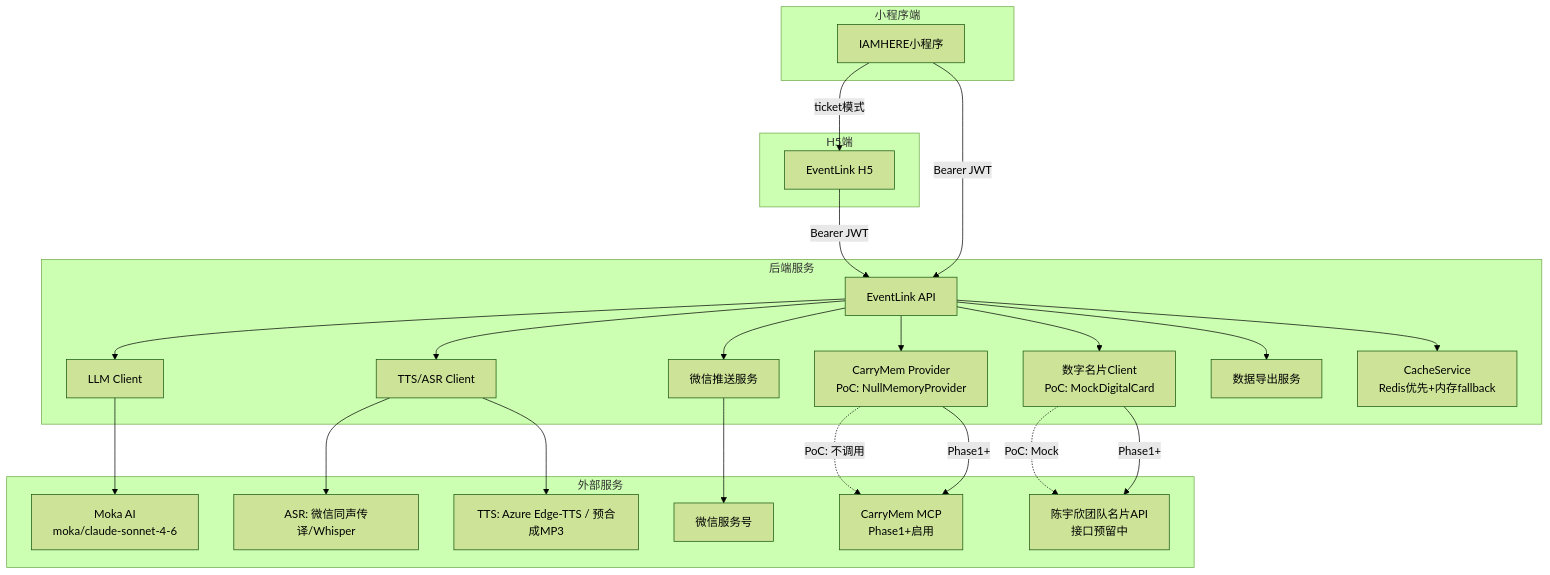
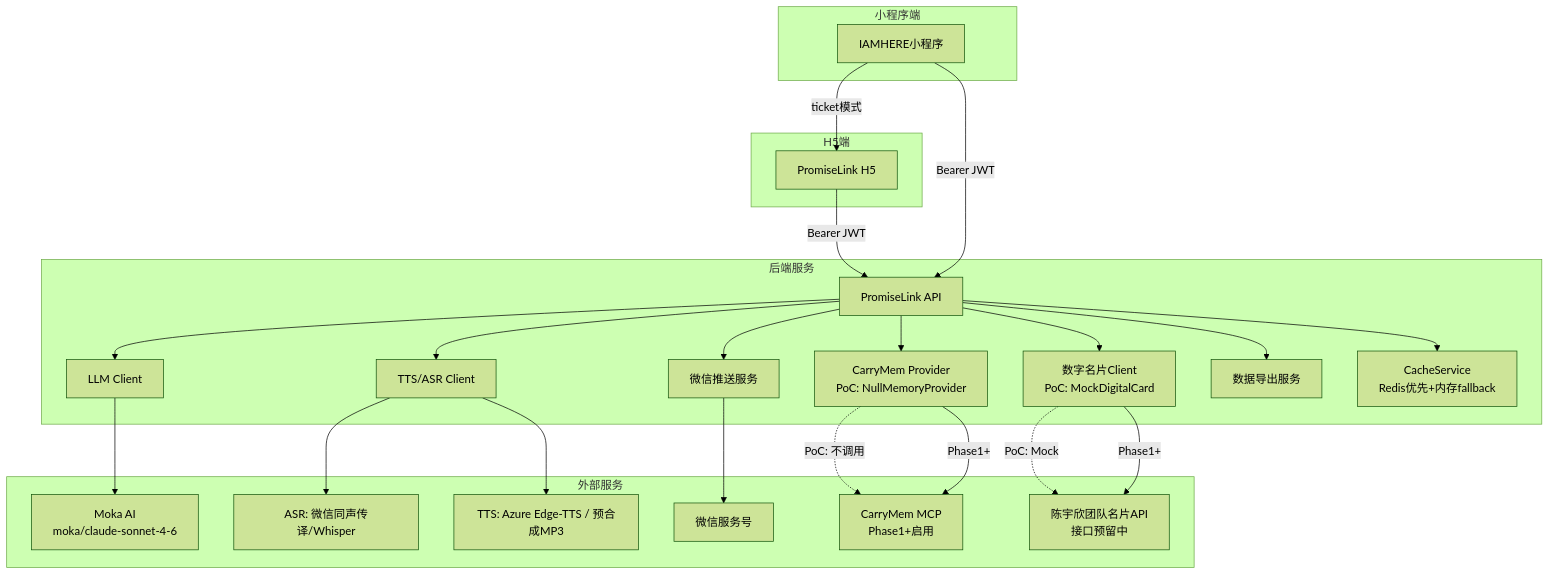
One commit to lulin70/PromiseLink changed the first of 7 diagrams in docs/design/Integration_Design_v1.md. Above: the diagram before and after it, drawn with Mermaid (forest theme). The commit also changed other lines of this file and 427 other files, not shown here.

First line of the commit message:
refactor: rename EventLink → PromiseLink

````diff
--- a/docs/design/Integration_Design_v1.md
+++ b/docs/design/Integration_Design_v1.md
@@ -48,46 +48,46 @@
 ```mermaid
 graph TB
     subgraph 小程序端
         MP[IAMHERE小程序]
     end
     subgraph H5端
-        H5[EventLink H5]
+        H5[PromiseLink H5]
     end
     subgraph 后端服务
-        API[EventLink API]
+        API[PromiseLink API]
         LLM[LLM Client]
         TTS[TTS/ASR Client]
         WX[微信推送服务]
         CM[CarryMem Provider<br/>PoC: NullMemoryProvider]
         DC[数字名片Client<br/>PoC: MockDigitalCard]
         EXPORT[数据导出服务]
         CACHE[CacheService<br/>Redis优先+内存fallback]
     end
     subgraph 外部服务
         MOKA[Moka AI<br/>moka/claude-sonnet-4-6]
         ASR_P[ASR: 微信同声传译/Whisper]
         TTS_P[TTS: Azure Edge-TTS / 预合成MP3]
         WECHAT[微信服务号]
         CARRYMEM[CarryMem MCP<br/>Phase1+启用]
         CARD_API[陈宇欣团队名片API<br/>接口预留中]
     end
 
     MP -->|ticket模式| H5
     H5 -->|Bearer JWT| API
     MP -->|Bearer JWT| API
     API --> LLM
     API --> TTS
     API --> WX
     API --> CM
     API --> DC
     API --> EXPORT
     API --> CACHE
     LLM --> MOKA
     TTS --> ASR_P
     TTS --> TTS_P
     WX --> WECHAT
     CM -.->|PoC: 不调用| CARRYMEM
     CM -->|Phase1+| CARRYMEM
     DC -.->|PoC: Mock| CARD_API
     DC -->|Phase1+| CARD_API
 ```
````
